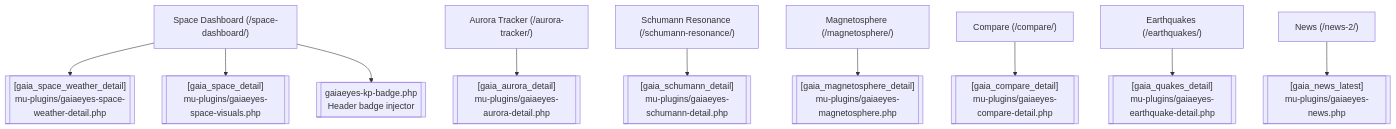
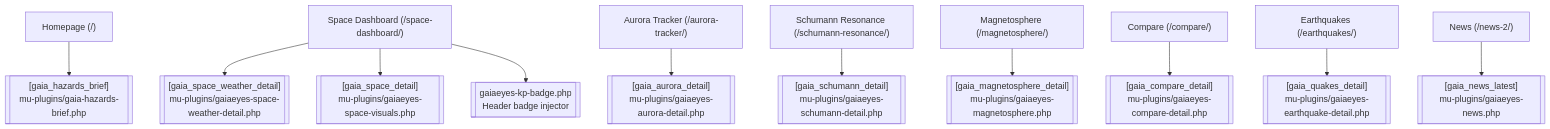
Before and after one commit to GaiaEyesHQ/gaiaeyes-backend: the diagram in docs/web/SITE_OVERVIEW.md, drawn with Mermaid. The commit also changed other lines of this file and 1 other file, not shown here.

Commit message:
docs: add hazards brief overview

````diff
--- a/docs/web/SITE_OVERVIEW.md
+++ b/docs/web/SITE_OVERVIEW.md
@@ -16,12 +16,13 @@
 ```mermaid
 graph TD
+  RootHome["Homepage (/)"] --> HazardsBrief[["[gaia_hazards_brief]"\nmu-plugins/gaia-hazards-brief.php]]
   RootSpaceDashboard["Space Dashboard (/space-dashboard/)"] --> SWDetail[["[gaia_space_weather_detail]"\nmu-plugins/gaiaeyes-space-weather-detail.php]]
   RootSpaceDashboard --> SpaceDetail[["[gaia_space_detail]"\nmu-plugins/gaiaeyes-space-visuals.php]]
   RootSpaceDashboard --> KPBadge[["gaiaeyes-kp-badge.php"\nHeader badge injector]]
   RootAurora["Aurora Tracker (/aurora-tracker/)"] --> AuroraDetail[["[gaia_aurora_detail]"\nmu-plugins/gaiaeyes-aurora-detail.php]]
   RootSchumann["Schumann Resonance (/schumann-resonance/)"] --> SchumannDetail[["[gaia_schumann_detail]"\nmu-plugins/gaiaeyes-schumann-detail.php]]
   RootMagneto["Magnetosphere (/magnetosphere/)"] --> MagnetoDetail[["[gaia_magnetosphere_detail]"\nmu-plugins/gaiaeyes-magnetosphere.php]]
   RootCompare["Compare (/compare/)"] --> CompareDetail[["[gaia_compare_detail]"\nmu-plugins/gaiaeyes-compare-detail.php]]
   RootQuake["Earthquakes (/earthquakes/)"] --> QuakeDetail[["[gaia_quakes_detail]"\nmu-plugins/gaiaeyes-earthquake-detail.php]]
   RootNews["News (/news-2/)"] --> NewsDetail[["[gaia_news_latest]"\nmu-plugins/gaiaeyes-news.php]]
 ```
````
